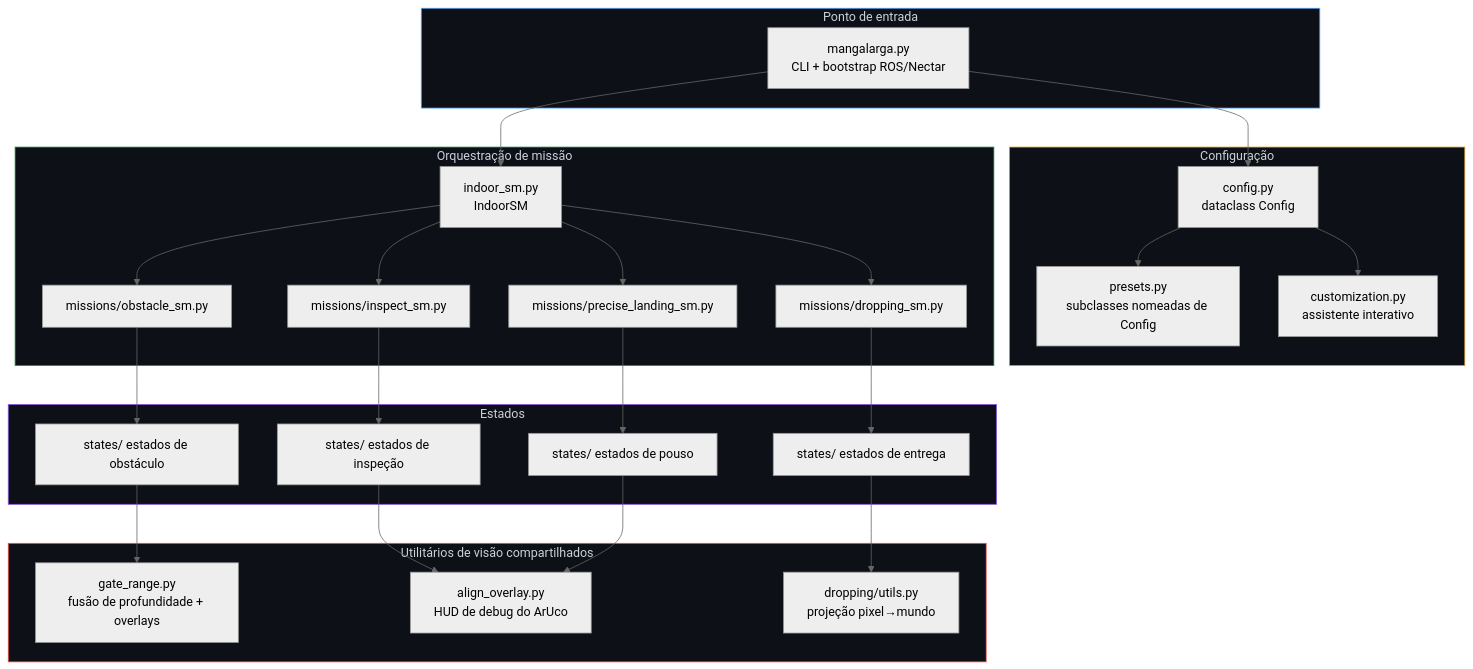
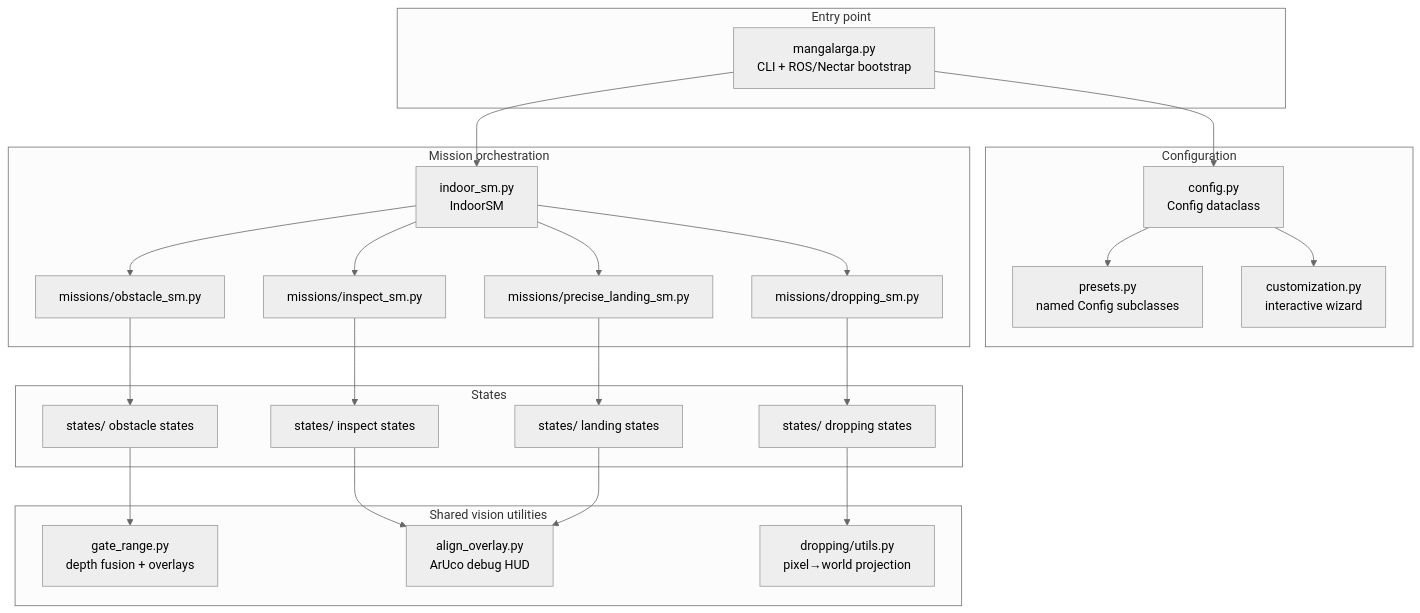
The first of 7 diagrams in indoor/README.md (Black-Bee-Drones/imav-2026), drawn with Mermaid (neutral theme) before and after one commit. The commit also changed other lines of this file and 13 other files, not shown here.

````diff
--- a/indoor/README.md
+++ b/indoor/README.md
@@ -63,44 +63,38 @@
 ```mermaid
 flowchart TB
-    subgraph entry["Ponto de entrada"]
-        M[mangalarga.py<br/>CLI + bootstrap ROS/Nectar]
+    subgraph entry["Entry point"]
+        M[mangalarga.py<br/>CLI + ROS/Nectar bootstrap]
     end
-    subgraph cfg["Configuração"]
-        C[config.py<br/>dataclass Config]
-        P[presets.py<br/>subclasses nomeadas de Config]
-        W[customization.py<br/>assistente interativo]
+    subgraph cfg["Configuration"]
+        C[config.py<br/>Config dataclass]
+        P[presets.py<br/>named Config subclasses]
+        W[customization.py<br/>interactive wizard]
     end
-    subgraph sm["Orquestração de missão"]
+    subgraph sm["Mission orchestration"]
         I[indoor_sm.py<br/>IndoorSM]
         O[missions/obstacle_sm.py]
         N[missions/inspect_sm.py]
         D[missions/dropping_sm.py]
         L[missions/precise_landing_sm.py]
     end
-    subgraph st["Estados"]
-        S1[states/ estados de obstáculo]
-        S2[states/ estados de inspeção]
-        S3[states/ estados de entrega]
-        S4[states/ estados de pouso]
+    subgraph st["States"]
+        S1[states/ obstacle states]
+        S2[states/ inspect states]
+        S3[states/ dropping states]
+        S4[states/ landing states]
     end
-    subgraph util["Utilitários de visão compartilhados"]
-        U1[gate_range.py<br/>fusão de profundidade + overlays]
-        U2[align_overlay.py<br/>HUD de debug do ArUco]
-        U3[dropping/utils.py<br/>projeção pixel→mundo]
+    subgraph util["Shared vision utilities"]
+        U1[gate_range.py<br/>depth fusion + overlays]
+        U2[align_overlay.py<br/>ArUco debug HUD]
+        U3[dropping/utils.py<br/>pixel→world projection]
     end
 
     M --> C
     C --> P
     C --> W
     M --> I
     I --> O --> S1 --> U1
     I --> N --> S2 --> U2
     I --> D --> S3 --> U3
     I --> L --> S4 --> U2
-
-    style entry fill:#0d1117,stroke:#58a6ff,color:#c9d1d9
-    style cfg fill:#0d1117,stroke:#d29922,color:#c9d1d9
-    style sm fill:#0d1117,stroke:#238636,color:#c9d1d9
-    style st fill:#0d1117,stroke:#8957e5,color:#c9d1d9
-    style util fill:#0d1117,stroke:#f85149,color:#c9d1d9
 ```
````
